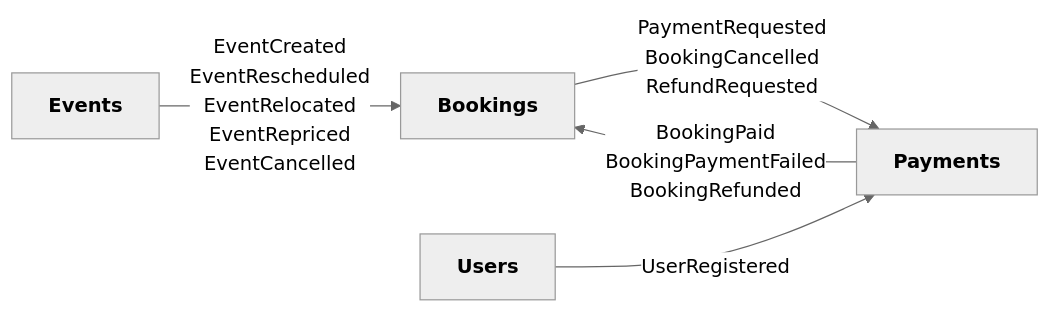
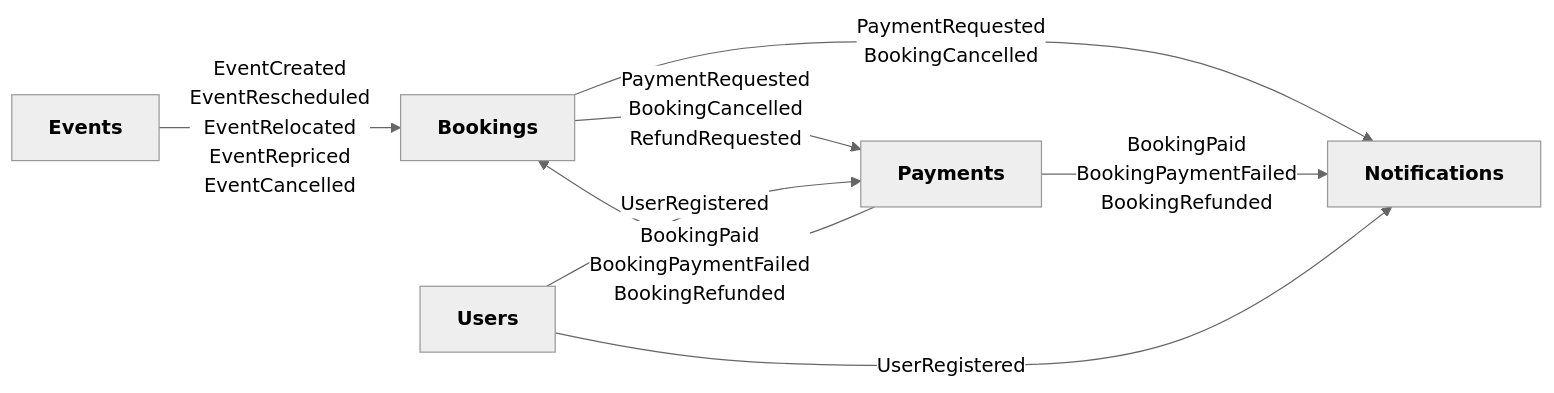
One commit to akmgr5544/TicketMaster changed the second of 3 diagrams in README.md. Above: the diagram before and after it, drawn with Mermaid (neutral theme). The commit also changed other lines of this file and 7 other files, not shown here.

````diff
--- a/README.md
+++ b/README.md
@@ -82,13 +89,17 @@
 ```mermaid
 flowchart LR
     events["<b>Events</b>"]
     bookings["<b>Bookings</b>"]
     payments["<b>Payments</b>"]
 
     users["<b>Users</b>"]
 
     events -- "EventCreated<br/>EventRescheduled<br/>EventRelocated<br/>EventRepriced<br/>EventCancelled" --> bookings
     bookings -- "PaymentRequested<br/>BookingCancelled<br/>RefundRequested" --> payments
     payments -- "BookingPaid<br/>BookingPaymentFailed<br/>BookingRefunded" --> bookings
     users -- "UserRegistered" --> payments
+    notifications["<b>Notifications</b>"]
+    bookings -- "PaymentRequested<br/>BookingCancelled" --> notifications
+    payments -- "BookingPaid<br/>BookingPaymentFailed<br/>BookingRefunded" --> notifications
+    users -- "UserRegistered" --> notifications
 ```
````
